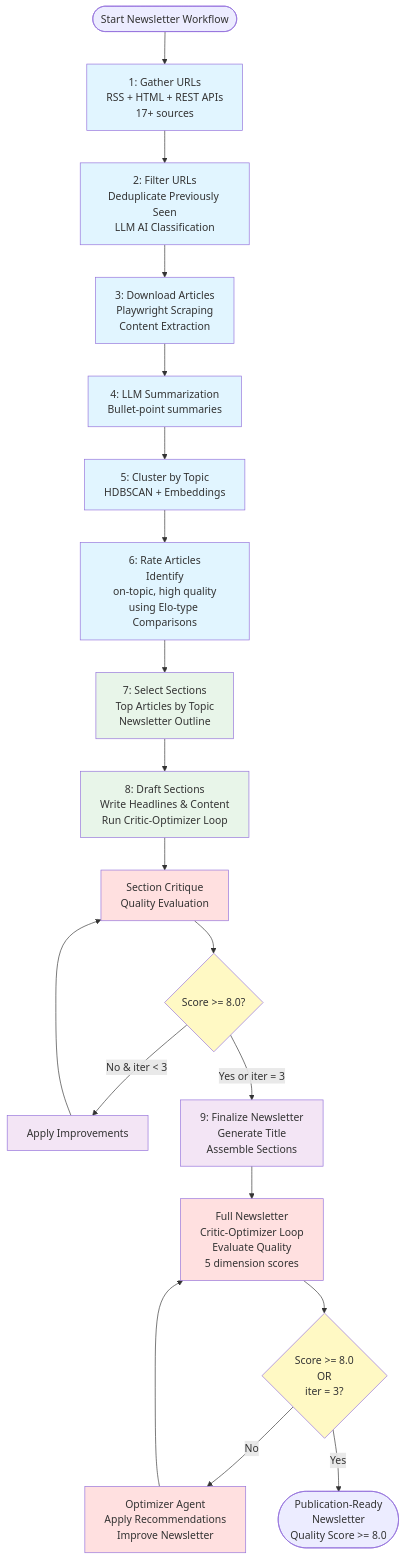
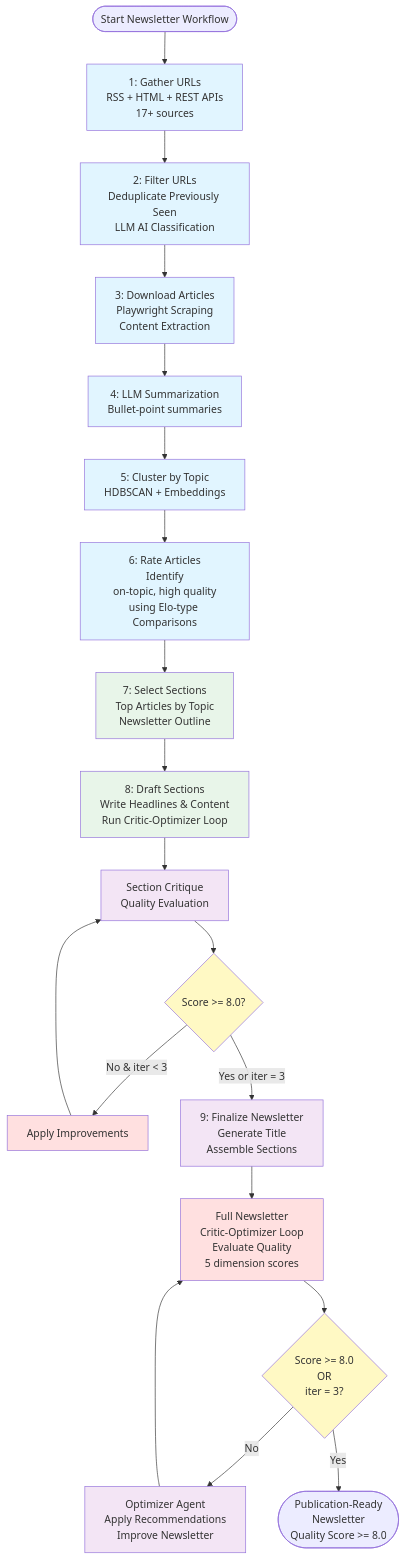
The diagram in README.md (druce/OpenAIAgentsSDK), drawn with Mermaid before and after one commit.

````diff
--- a/README.md
+++ b/README.md
@@ -9,49 +9,49 @@
 ```mermaid
   flowchart TD
       Start([Start Newsletter Workflow]) --> Step1[1: Gather URLs<br/>RSS + HTML + REST APIs<br/>17+ sources]
 
       Step1 --> Step2[2: Filter URLs<br/>Deduplicate Previously Seen<br/>LLM AI Classification<br/>]
 
       Step2 --> Step3[3: Download Articles<br/>Playwright Scraping<br/>Content Extraction]
 
       Step3 --> Step4[4: LLM Summarization<br/>Bullet-point summaries]
 
       Step4 --> Step5[5: Cluster by Topic<br/>HDBSCAN + Embeddings]
 
       Step5 --> Step6[6: Rate Articles<br/>Identify<br/>on-topic, high quality<br/>using Elo-type Comparisons]
 
       Step6 --> Step7[7: Select Sections<br/>Top Articles by Topic<br/>Newsletter Outline]
 
       Step7 --> Step8[8: Draft Sections<br/>Write Headlines & Content<br/>Run Critic-Optimizer Loop]
 
       Step8 --> Critique8[Section Critique<br/>Quality Evaluation]
       Critique8 --> Check8{Score >= 8.0?}
       Check8 -->|No & iter < 3| Improve8[Apply Improvements]
       Improve8 --> Critique8
       Check8 -->|Yes or iter = 3| Step9[9: Finalize Newsletter<br/>Generate Title<br/>Assemble Sections]
 
       Step9 --> Critique9[Full Newsletter<br/>Critic-Optimizer Loop<br/>Evaluate Quality<br/>5 dimension scores]
 
       Critique9 --> Check9{Score >= 8.0<br/>OR<br/>iter = 3?}
 
       Check9 -->|No| Optimizer[Optimizer Agent<br/>Apply Recommendations<br/>Improve Newsletter]
       Optimizer --> Critique9
 
       Check9 -->|Yes| Final([Publication-Ready<br>Newsletter<br/>Quality Score >= 8.0])
 
       style Step1 fill:#e1f5ff
       style Step2 fill:#e1f5ff
       style Step3 fill:#e1f5ff
       style Step4 fill:#e1f5ff
       style Step5 fill:#e1f5ff
       style Step6 fill:#e1f5ff
       style Step7 fill:#e8f5e9
       style Step8 fill:#e8f5e9
       style Step9 fill:#f3e5f5
-      style Critique8 fill:#ffe0e0
-      style Improve8 fill:#f3e5f5
+      style Critique8 fill:#f3e5f5
+      style Check8 fill:#fff9c4
+      style Improve8 fill:#ffe0e0
       style Critique9 fill:#ffe0e0
-      style Optimizer fill:#ffe0e0
-      style Check8 fill:#fff9c4
       style Check9 fill:#fff9c4
+      style Optimizer fill:#f3e5f5
   ```
````
